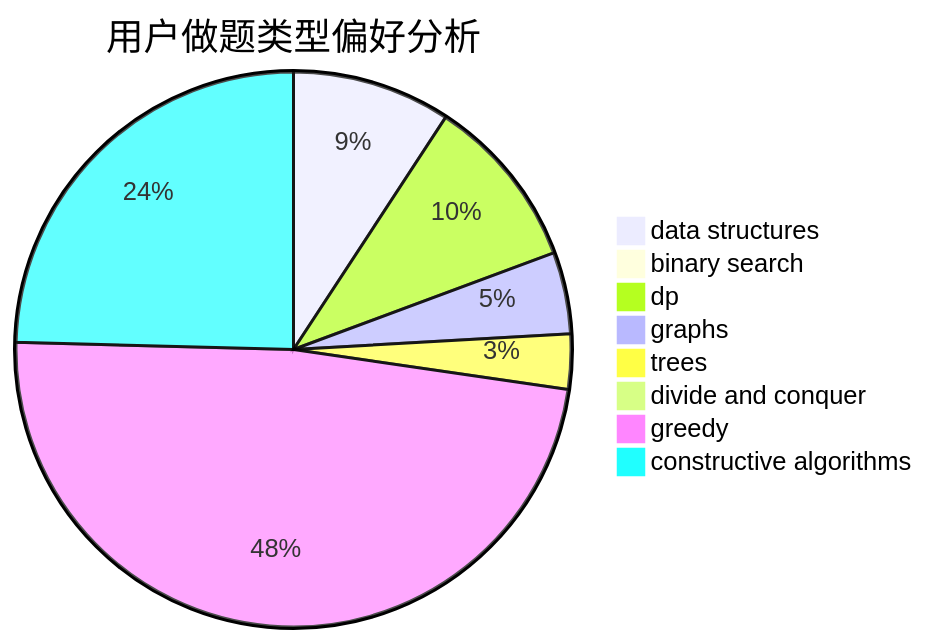
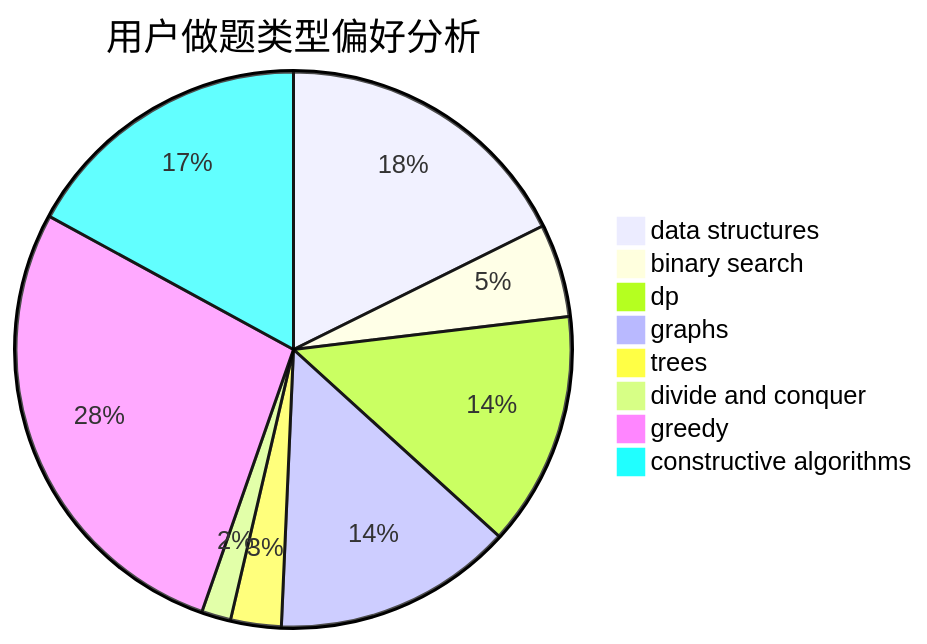
Before and after one commit to sherpahu/cfrs.github.io: the second of 3 diagrams in docs/user/u2099.md, drawn with Mermaid. The commit also changed other lines of this file and 2770 other files, not shown here.

````diff
--- a/docs/user/u2099.md
+++ b/docs/user/u2099.md
@@ -23,11 +23,11 @@
 ```mermaid
 pie title 用户做题类型偏好分析
-    "data structures" :  95
-    "binary search" :  1
-    "dp" :  104
-    "graphs" :  49
-    "trees" :  33
-    "divide and conquer" :  9
-    "greedy" :  495
-    "constructive algorithms" :  253
+    "data structures" :  114
+    "binary search" :  35
+    "dp" :  88
+    "graphs" :  90
+    "trees" :  19
+    "divide and conquer" :  11
+    "greedy" :  178
+    "constructive algorithms" :  110
 ```
````
